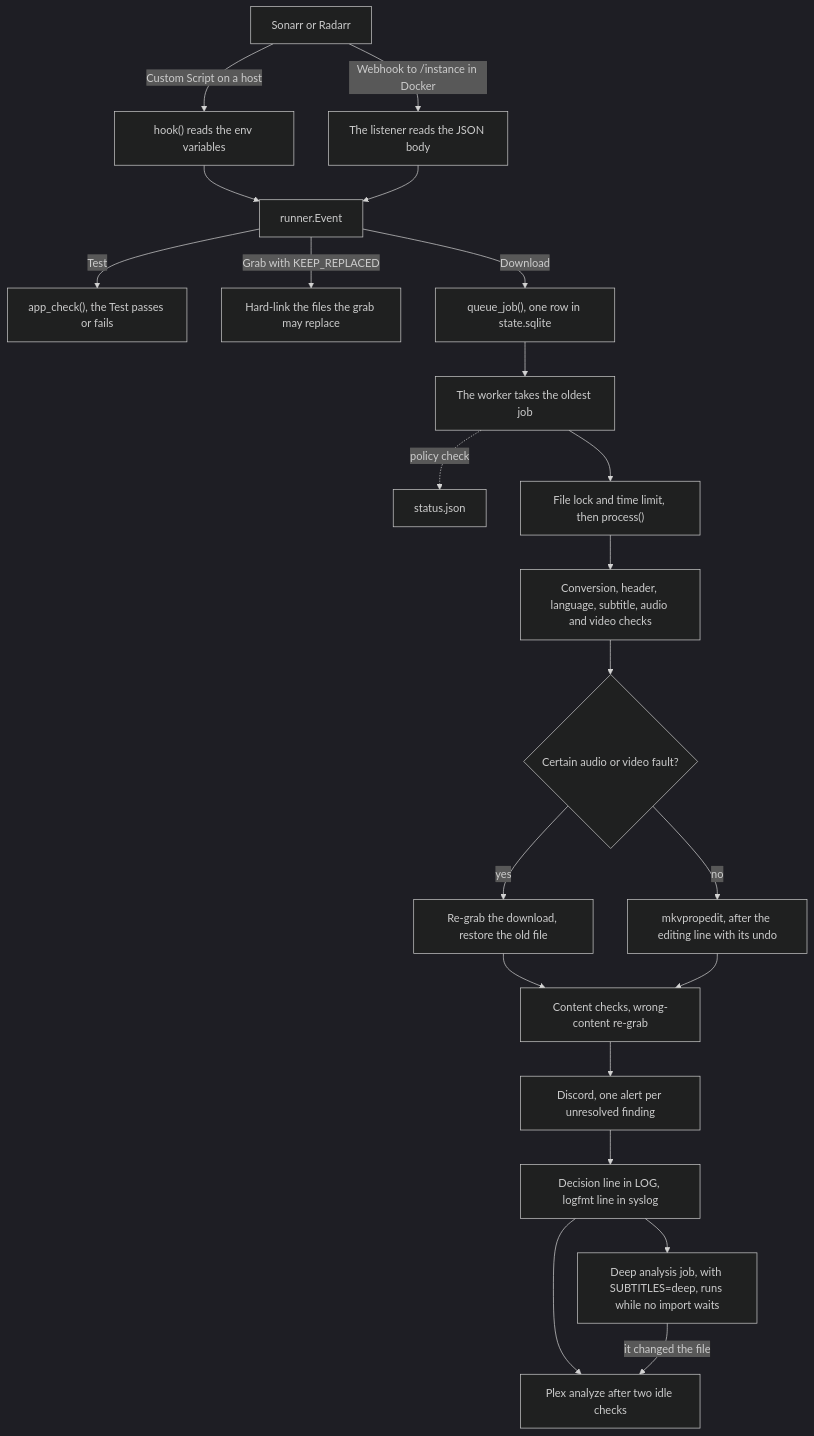
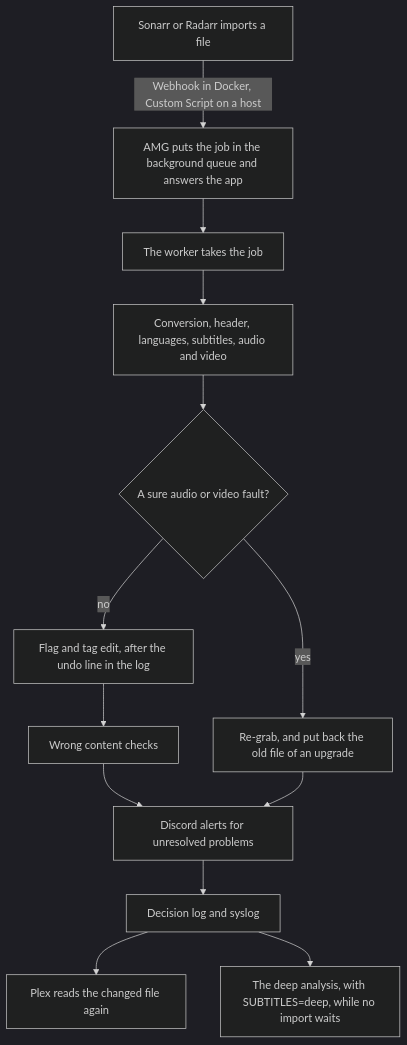
The diagram in docs/how-it-works.md (samwiseg0/arr-media-guard), drawn with Mermaid (dark theme) before and after one commit. The commit also changed other lines of this file and 35 other files, not shown here.

````diff
--- a/docs/how-it-works.md
+++ b/docs/how-it-works.md
@@ -22,25 +22,16 @@
 ```mermaid
 flowchart TD
-    app["Sonarr or Radarr"]
-    app -->|"Custom Script on a host"| hook["hook() reads the env variables"]
-    app -->|"Webhook to /instance in Docker"| listener["The listener reads the JSON body"]
-    hook --> event["runner.Event"]
-    listener --> event
-    event -->|"Test"| test["app_check(), the Test passes or fails"]
-    event -->|"Grab with KEEP_REPLACED"| keep["Hard-link the files the grab may replace"]
-    event -->|"Download"| queue["queue_job(), one row in state.sqlite"]
-    queue --> worker["The worker takes the oldest job"]
-    worker -.->|"policy check"| status["status.json"]
-    worker --> process["File lock and time limit, then process()"]
-    process --> checks["Conversion, header, language, subtitle, audio and video checks"]
-    checks --> fault{"Certain audio or video fault?"}
-    fault -->|"yes"| regrab["Re-grab the download, restore the old file"]
-    fault -->|"no"| edit["mkvpropedit, after the editing line with its undo"]
-    regrab --> meta["Content checks, wrong-content re-grab"]
-    edit --> meta
-    meta --> discord["Discord, one alert per unresolved finding"]
-    discord --> decision["Decision line in LOG, logfmt line in syslog"]
-    decision --> plex["Plex analyze after two idle checks"]
-    decision --> deep["Deep analysis job, with SUBTITLES=deep, runs while no import waits"]
-    deep -->|"it changed the file"| plex
+    app["Sonarr or Radarr imports a file"]
+    app -->|"Webhook in Docker, Custom Script on a host"| queue["AMG puts the job in the background queue and answers the app"]
+    queue --> worker["The worker takes the job"]
+    worker --> checks["Conversion, header, languages, subtitles, audio and video"]
+    checks --> fault{"A sure audio or video fault?"}
+    fault -->|"yes"| regrab["Re-grab, and put back the old file of an upgrade"]
+    fault -->|"no"| edit["Flag and tag edit, after the undo line in the log"]
+    edit --> content["Wrong content checks"]
+    content --> alerts["Discord alerts for unresolved problems"]
+    regrab --> alerts
+    alerts --> log["Decision log and syslog"]
+    log --> plex["Plex reads the changed file again"]
+    log --> deep["The deep analysis, with SUBTITLES=deep, while no import waits"]
 ```
````
